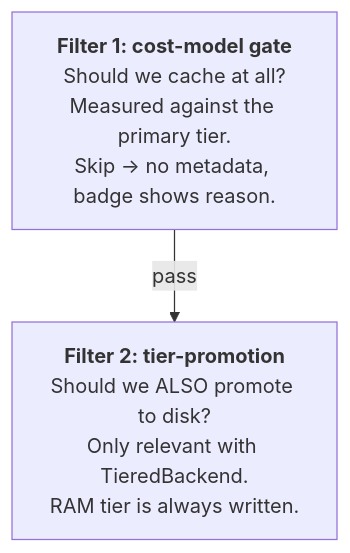
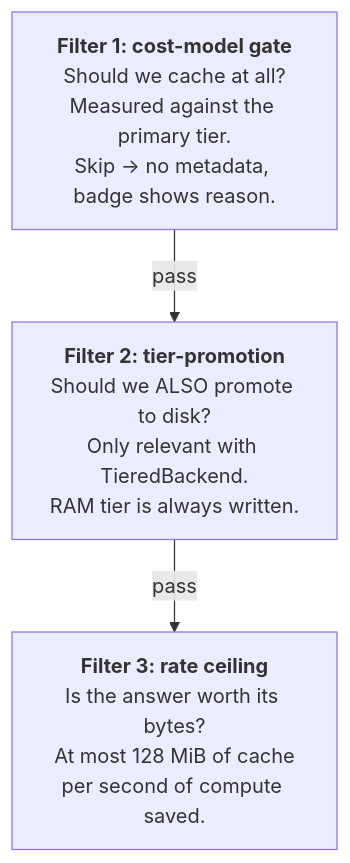
Before and after one commit to galgtonold/cash: the diagram in docs/cost-model.md, drawn with Mermaid. The commit also changed other lines of this file and 5 other files, not shown here.

````diff
--- a/docs/cost-model.md
+++ b/docs/cost-model.md
@@ -254,6 +260,8 @@
 ```mermaid
 flowchart TD
     F1["<b>Filter 1: cost-model gate</b><br/>Should we cache at all?<br/>Measured against the primary tier.<br/>Skip → no metadata, badge shows reason."]
     F2["<b>Filter 2: tier-promotion</b><br/>Should we ALSO promote to disk?<br/>Only relevant with TieredBackend.<br/>RAM tier is always written."]
+    F3["<b>Filter 3: rate ceiling</b><br/>Is the answer worth its bytes?<br/>At most 128 MiB of cache<br/>per second of compute saved."]
     F1 -- pass --> F2
+    F2 -- pass --> F3
 ```
````
